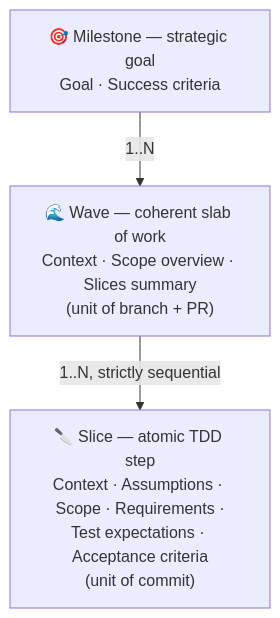
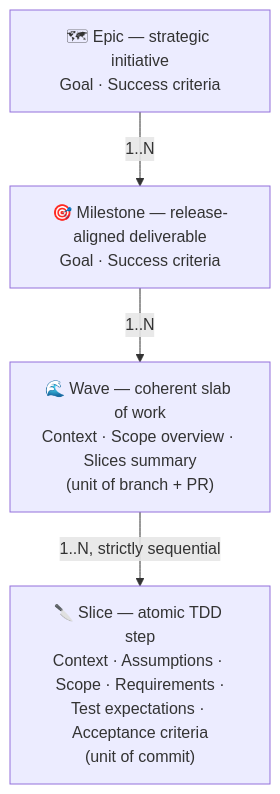
Before and after one commit to kolosochek/specflow: the first of 2 diagrams in README.md, drawn with Mermaid. The commit also changed other lines of this file and 57 other files, not shown here.

````diff
--- a/README.md
+++ b/README.md
@@ -30,9 +30,11 @@
 ```mermaid
 flowchart TD
-    M["🎯 Milestone — strategic goal\nGoal · Success criteria"]
+    E["🗺 Epic — strategic initiative\nGoal · Success criteria"]
+    M["🎯 Milestone — release-aligned deliverable\nGoal · Success criteria"]
     W["🌊 Wave — coherent slab of work\nContext · Scope overview · Slices summary\n(unit of branch + PR)"]
     S["🔪 Slice — atomic TDD step\nContext · Assumptions · Scope · Requirements ·\nTest expectations · Acceptance criteria\n(unit of commit)"]
 
+    E -->|1..N| M
     M -->|1..N| W
     W -->|1..N, strictly sequential| S
 ```
````
